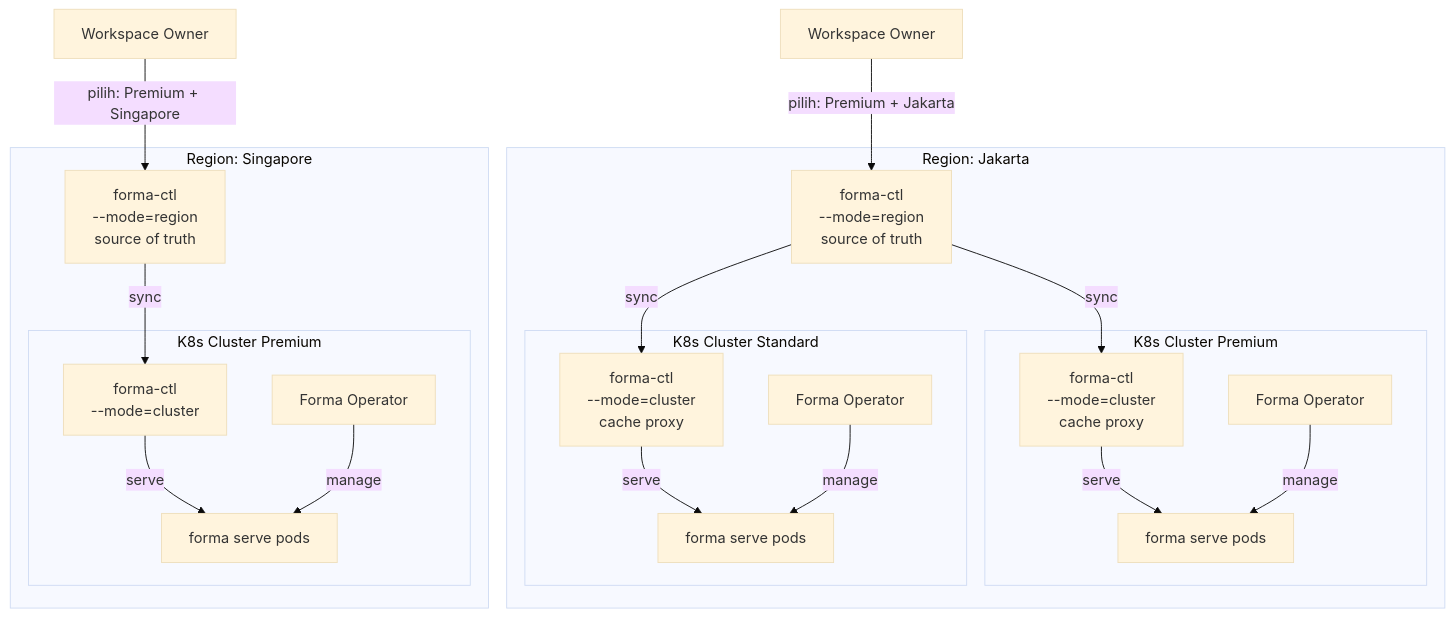
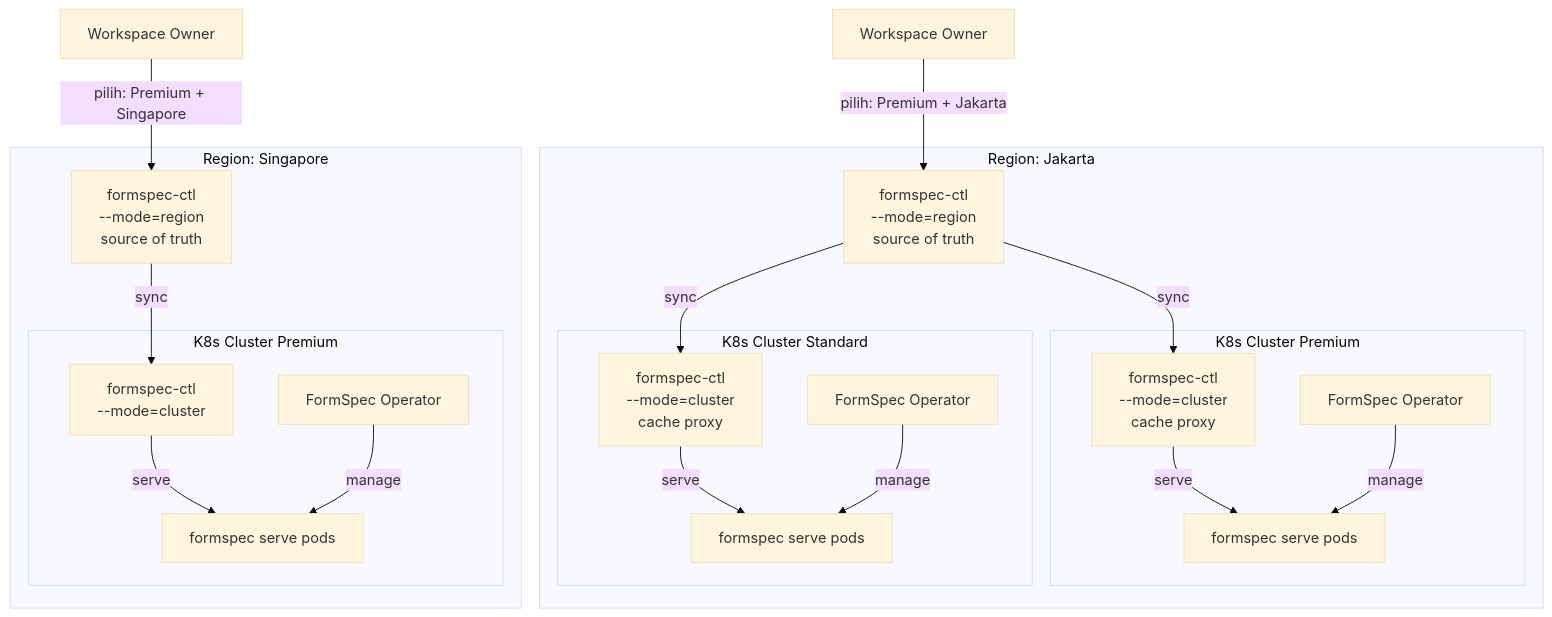
The diagram in docs/architecture/01-architecture-overview.md (primadi/formspec), drawn with Mermaid (base theme) before and after one commit. The commit also changed other lines of this file and 1036 other files, not shown here.

Commit message:
rename forma to formspec

````diff
--- a/docs/architecture/01-architecture-overview.md
+++ b/docs/architecture/01-architecture-overview.md
@@ -16,37 +16,37 @@
 ```mermaid
 graph TD
     subgraph "Region: Jakarta"
-        RC_JKT[forma-ctl<br/>--mode=region<br/>source of truth]
+        RC_JKT[formspec-ctl<br/>--mode=region<br/>source of truth]
         subgraph "K8s Cluster Premium"
-            CC_JKT_P[forma-ctl<br/>--mode=cluster<br/>cache proxy]
-            OP_JKT_P[Forma Operator]
-            RP_JKT_P[forma serve pods]
+            CC_JKT_P[formspec-ctl<br/>--mode=cluster<br/>cache proxy]
+            OP_JKT_P[FormSpec Operator]
+            RP_JKT_P[formspec serve pods]
         end
         subgraph "K8s Cluster Standard"
-            CC_JKT_S[forma-ctl<br/>--mode=cluster<br/>cache proxy]
-            OP_JKT_S[Forma Operator]
-            RP_JKT_S[forma serve pods]
+            CC_JKT_S[formspec-ctl<br/>--mode=cluster<br/>cache proxy]
+            OP_JKT_S[FormSpec Operator]
+            RP_JKT_S[formspec serve pods]
         end
         RC_JKT -->|sync| CC_JKT_P
         RC_JKT -->|sync| CC_JKT_S
         CC_JKT_P -->|serve| RP_JKT_P
         CC_JKT_S -->|serve| RP_JKT_S
         OP_JKT_P -->|manage| RP_JKT_P
         OP_JKT_S -->|manage| RP_JKT_S
     end
 
     subgraph "Region: Singapore"
-        RC_SG[forma-ctl<br/>--mode=region<br/>source of truth]
+        RC_SG[formspec-ctl<br/>--mode=region<br/>source of truth]
         subgraph "K8s Cluster Premium"
-            CC_SG_P[forma-ctl<br/>--mode=cluster]
-            OP_SG_P[Forma Operator]
-            RP_SG_P[forma serve pods]
+            CC_SG_P[formspec-ctl<br/>--mode=cluster]
+            OP_SG_P[FormSpec Operator]
+            RP_SG_P[formspec serve pods]
         end
         RC_SG -->|sync| CC_SG_P
         CC_SG_P -->|serve| RP_SG_P
         OP_SG_P -->|manage| RP_SG_P
     end
 
     WO[Workspace Owner] -->|"pilih: Premium + Jakarta"| RC_JKT
     WO2[Workspace Owner] -->|"pilih: Premium + Singapore"| RC_SG
 ```
````
